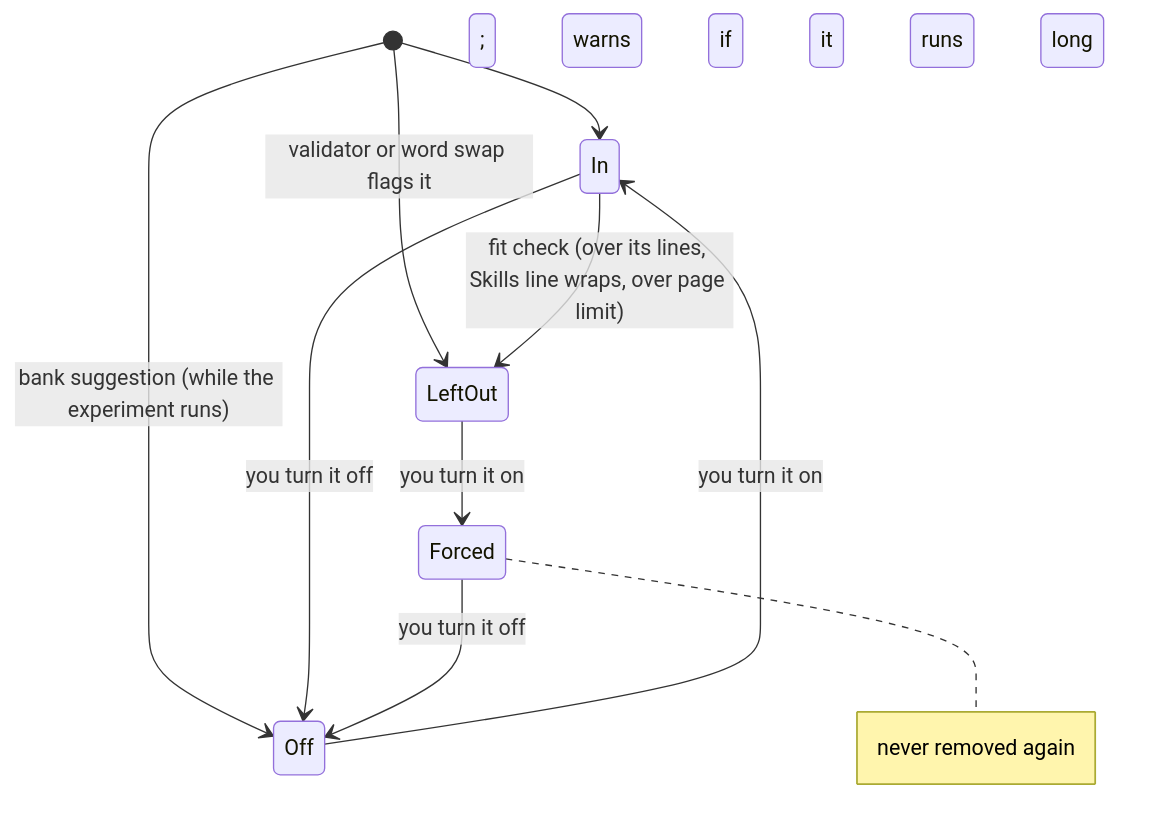
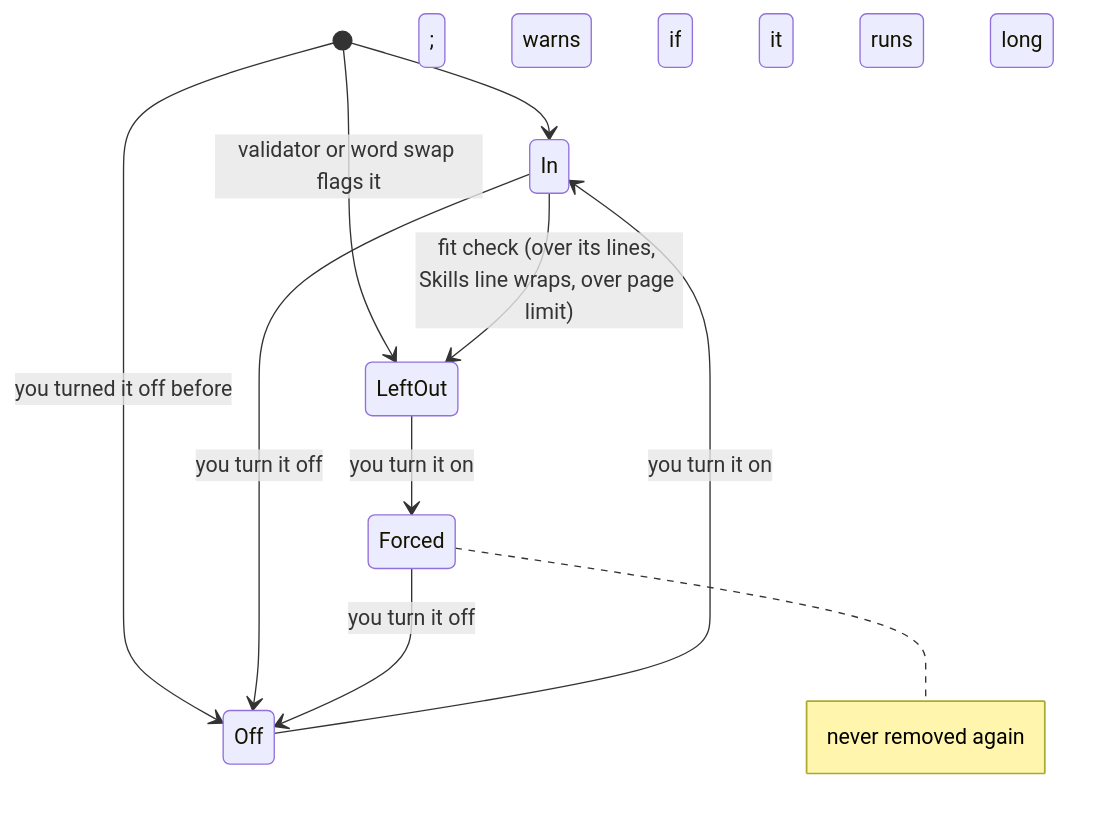
One commit to bubb4rd/gliide changed the third of 4 diagrams in ARCHITECTURE.md. Above: the diagram before and after it, drawn with Mermaid. The commit also changed other lines of this file and 29 other files, not shown here.

````diff
--- a/ARCHITECTURE.md
+++ b/ARCHITECTURE.md
@@ -555,12 +572,12 @@
 ```mermaid
 stateDiagram-v2
   [*] --> In
   [*] --> LeftOut: validator or word swap flags it
-  [*] --> Off: bank suggestion (while the experiment runs)
+  [*] --> Off: you turned it off before
   In --> LeftOut: fit check (over its lines, Skills line wraps, over page limit)
   In --> Off: you turn it off
   Off --> In: you turn it on
   LeftOut --> Forced: you turn it on
   Forced --> Off: you turn it off
   note right of Forced: never removed again; warns if it runs long
 ```
````
